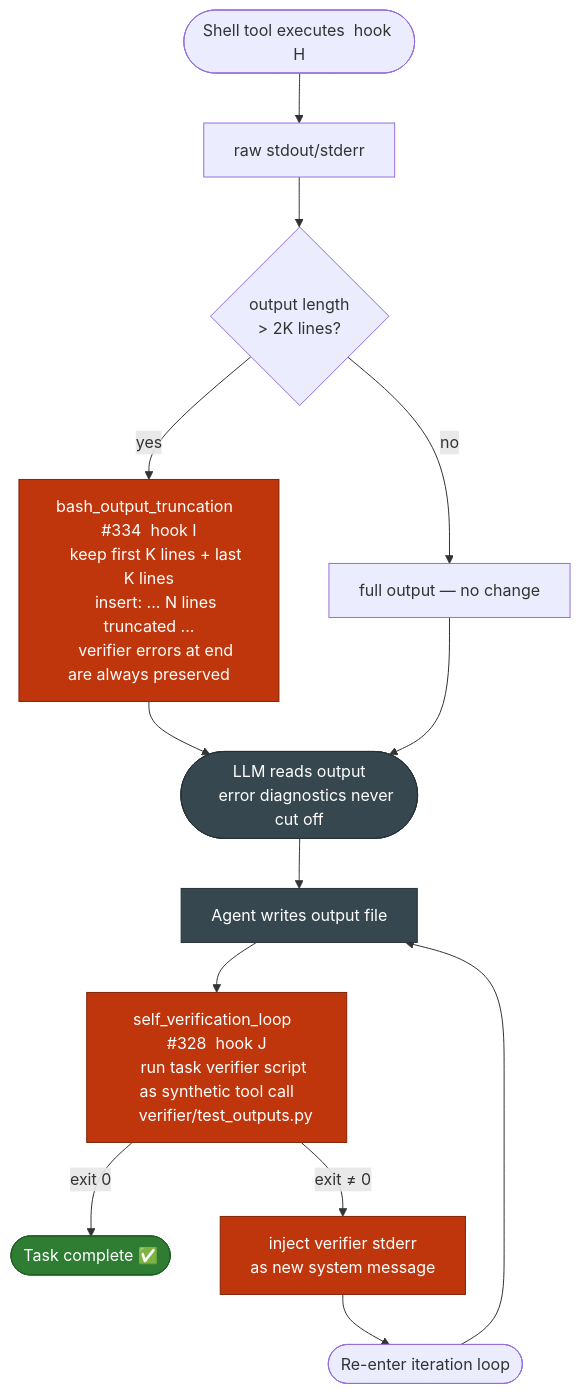
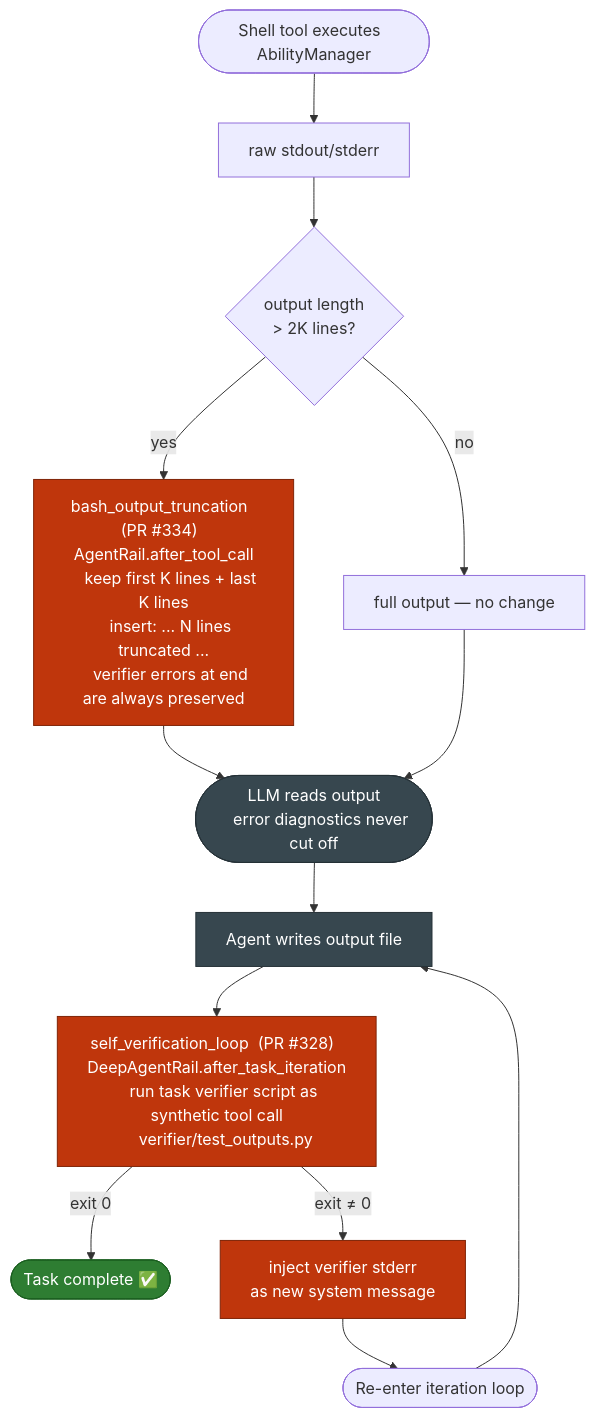
Before and after one commit to michaelatamuk/openjiuwen-jiuwenswarm: the seventh of 8 diagrams in docs-michael/Implementation.Overview.md, drawn with Mermaid. The commit also changed other lines of this file, not shown here.

````diff
--- a/docs-michael/Implementation.Overview.md
+++ b/docs-michael/Implementation.Overview.md
@@ -1074,37 +1074,37 @@
 ```mermaid
 flowchart TD
     classDef post fill:#BF360C,color:#fff,stroke:#7f2407
     classDef done fill:#2E7D32,color:#fff,stroke:#1B5E20
     classDef io   fill:#37474F,color:#fff,stroke:#263238
 
-    SHELL(["Shell tool executes  hook H"])
+    SHELL(["Shell tool executes  AbilityManager"])
 
     SHELL --> RAW["raw stdout/stderr"]
 
     RAW --> LEN{"output length
     > 2K lines?"}
 
-    LEN -->|"yes"| HT["bash_output_truncation  #334  hook I
+    LEN -->|"yes"| HT["bash_output_truncation  (PR #334)  AgentRail.after_tool_call
     keep first K lines + last K lines
     insert: ... N lines truncated ...
     verifier errors at end are always preserved"]:::post
 
     LEN -->|"no"| FULL["full output — no change"]
 
     HT & FULL --> LLM_READ(["LLM reads output
     error diagnostics never cut off"]):::io
 
     LLM_READ --> AGENT["Agent writes output file"]:::io
 
-    AGENT --> SV["self_verification_loop  #328  hook J
+    AGENT --> SV["self_verification_loop  (PR #328)  DeepAgentRail.after_task_iteration
     run task verifier script as synthetic tool call
     verifier/test_outputs.py"]:::post
 
     SV -->|"exit 0"| DONE(["Task complete ✅"]):::done
 
     SV -->|"exit ≠ 0"| REINJ["inject verifier stderr
     as new system message"]:::post
 
     REINJ --> LOOP(["Re-enter iteration loop"])
     LOOP --> AGENT
 ```
````
